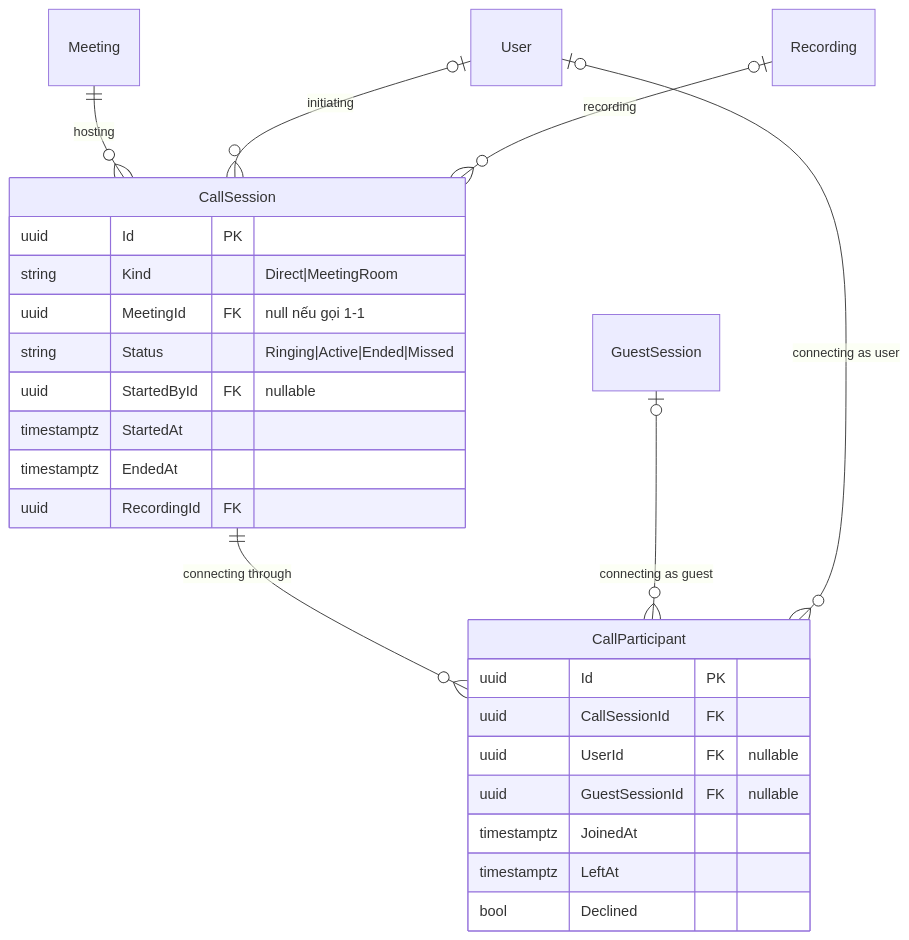
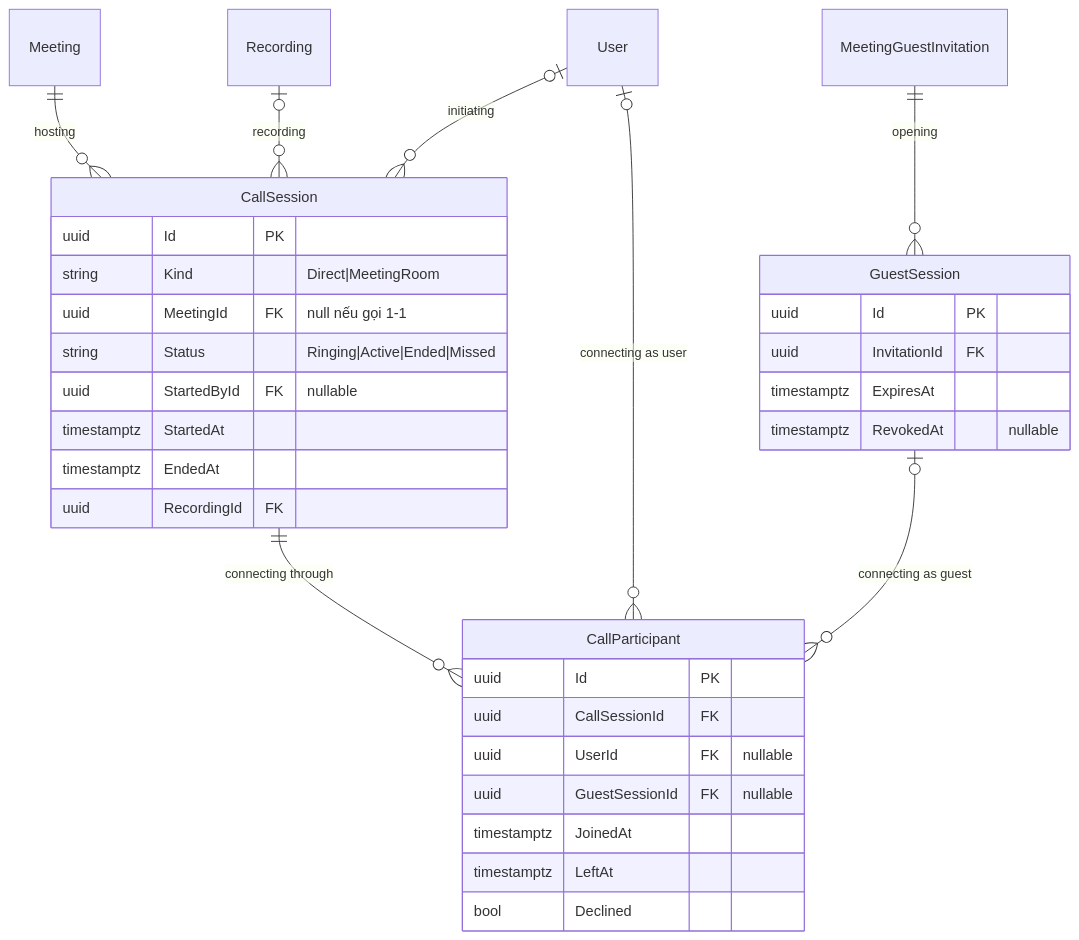
Before and after one commit to callmehai/FU-FA26-G116: the fifth of 6 diagrams in docs/02-design/02-erd.md, drawn with Mermaid. The commit also changed other lines of this file and 18 other files, not shown here.

````diff
--- a/docs/02-design/02-erd.md
+++ b/docs/02-design/02-erd.md
@@ -480,29 +495,36 @@
 ```mermaid
 erDiagram
     Meeting ||--o{ CallSession : "hosting"
     CallSession ||--o{ CallParticipant : "connecting through"
     User o|--o{ CallSession : "initiating"
     Recording o|--o{ CallSession : "recording"
+    MeetingGuestInvitation ||--o{ GuestSession : "opening"
     GuestSession o|--o{ CallParticipant : "connecting as guest"
     User o|--o{ CallParticipant : "connecting as user"
 
     CallSession {
         uuid Id PK
         string Kind "Direct|MeetingRoom"
         uuid MeetingId FK "null nếu gọi 1-1"
         string Status "Ringing|Active|Ended|Missed"
         uuid StartedById FK "nullable"
         timestamptz StartedAt
         timestamptz EndedAt
         uuid RecordingId FK
     }
     CallParticipant {
         uuid Id PK
         uuid CallSessionId FK
         uuid UserId FK "nullable"
         uuid GuestSessionId FK "nullable"
         timestamptz JoinedAt
         timestamptz LeftAt
         bool Declined
     }
+    GuestSession {
+        uuid Id PK
+        uuid InvitationId FK
+        timestamptz ExpiresAt
+        timestamptz RevokedAt "nullable"
+    }
 ```
````
